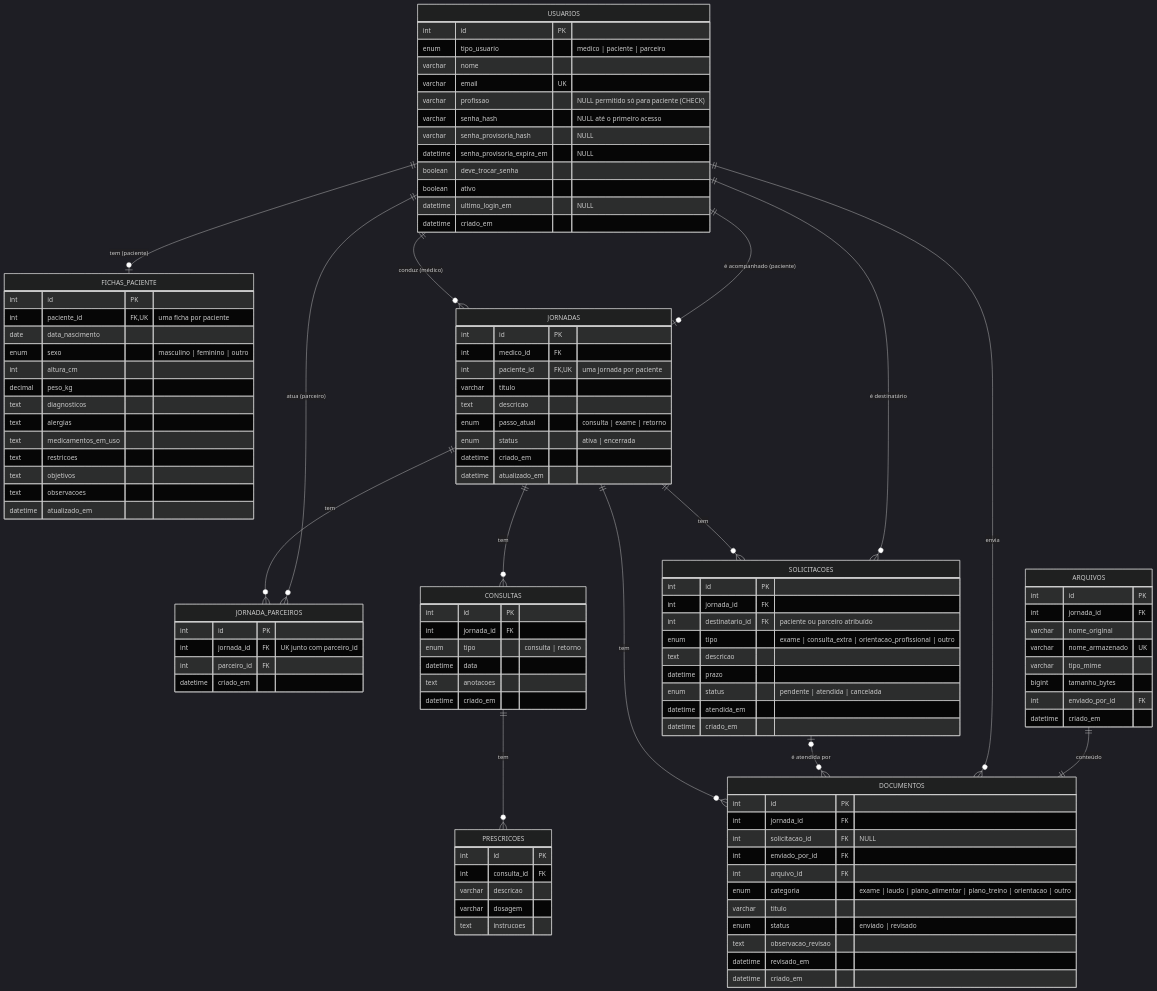
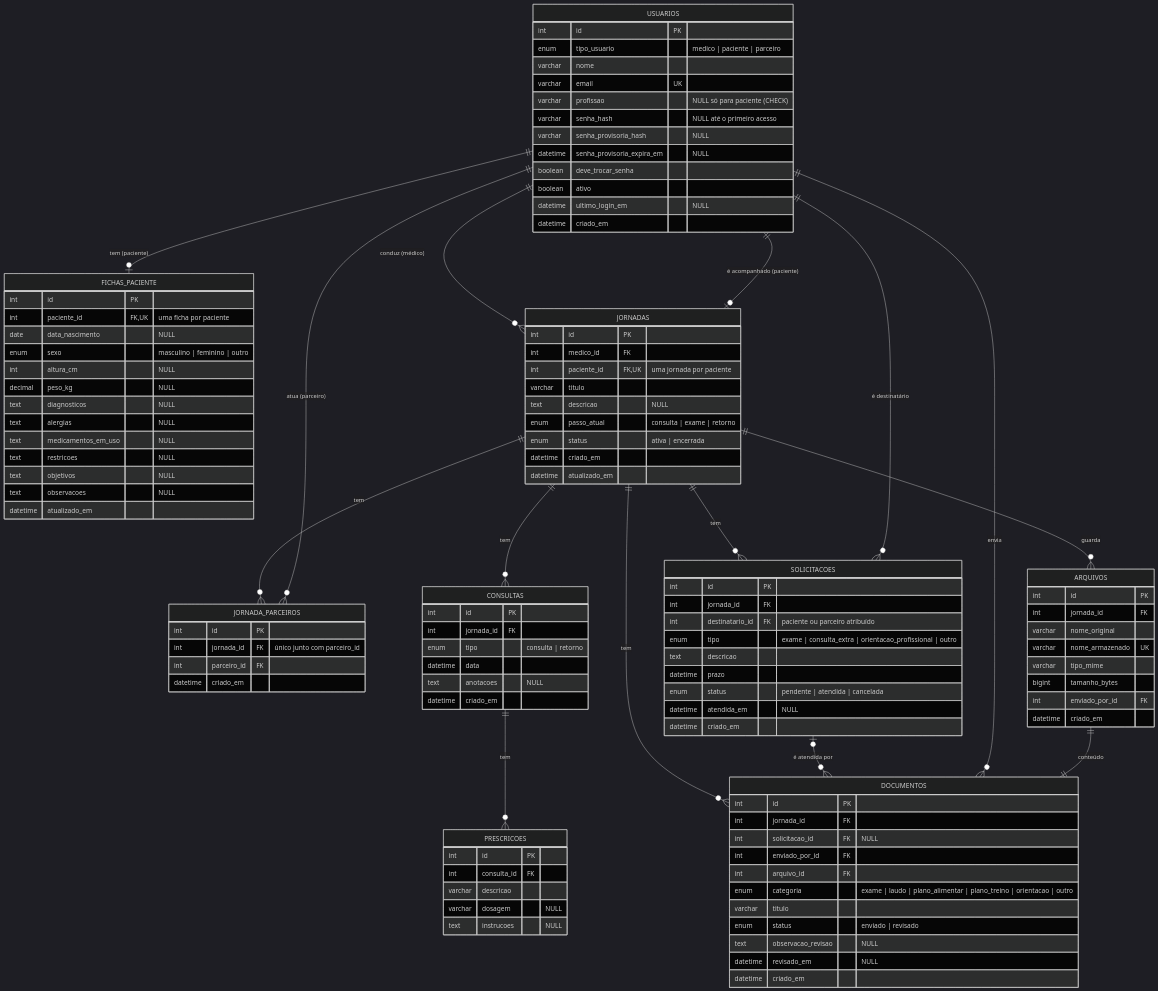
The second of 3 diagrams in docs/diagramas.md (Life-Scan/LifeScan), drawn with Mermaid (dark theme) before and after one commit. The commit also changed other lines of this file and 3 other files, not shown here.

First line of the commit message:
Atualiza os diagramas e inclui as imagens renderizadas

````diff
--- a/docs/diagramas.md
+++ b/docs/diagramas.md
@@ -163,7 +198,7 @@
         enum tipo_usuario "medico | paciente | parceiro"
         varchar nome
         varchar email UK
-        varchar profissao "NULL permitido só para paciente (CHECK)"
+        varchar profissao "NULL só para paciente (CHECK)"
         varchar senha_hash "NULL até o primeiro acesso"
         varchar senha_provisoria_hash "NULL"
         datetime senha_provisoria_expira_em "NULL"
@@ -175,16 +210,16 @@
     FICHAS_PACIENTE {
         int id PK
         int paciente_id FK,UK "uma ficha por paciente"
-        date data_nascimento
+        date data_nascimento "NULL"
         enum sexo "masculino | feminino | outro"
-        int altura_cm
-        decimal peso_kg
-        text diagnosticos
-        text alergias
-        text medicamentos_em_uso
-        text restricoes
-        text objetivos
-        text observacoes
+        int altura_cm "NULL"
+        decimal peso_kg "NULL"
+        text diagnosticos "NULL"
+        text alergias "NULL"
+        text medicamentos_em_uso "NULL"
+        text restricoes "NULL"
+        text objetivos "NULL"
+        text observacoes "NULL"
         datetime atualizado_em
     }
     JORNADAS {
@@ -192,7 +227,7 @@
         int medico_id FK
         int paciente_id FK,UK "uma jornada por paciente"
         varchar titulo
-        text descricao
+        text descricao "NULL"
         enum passo_atual "consulta | exame | retorno"
         enum status "ativa | encerrada"
         datetime criado_em
@@ -200,7 +235,7 @@
     }
     JORNADA_PARCEIROS {
         int id PK
-        int jornada_id FK "UK junto com parceiro_id"
+        int jornada_id FK "único junto com parceiro_id"
         int parceiro_id FK
         datetime criado_em
     }
@@ -209,15 +244,15 @@
         int jornada_id FK
         enum tipo "consulta | retorno"
         datetime data
-        text anotacoes
+        text anotacoes "NULL"
         datetime criado_em
     }
     PRESCRICOES {
         int id PK
         int consulta_id FK
         varchar descricao
-        varchar dosagem
-        text instrucoes
+        varchar dosagem "NULL"
+        text instrucoes "NULL"
     }
     SOLICITACOES {
         int id PK
@@ -227,7 +262,7 @@
         text descricao
         datetime prazo
         enum status "pendente | atendida | cancelada"
-        datetime atendida_em
+        datetime atendida_em "NULL"
         datetime criado_em
     }
     DOCUMENTOS {
@@ -239,8 +274,8 @@
         enum categoria "exame | laudo | plano_alimentar | plano_treino | orientacao | outro"
         varchar titulo
         enum status "enviado | revisado"
-        text observacao_revisao
-        datetime revisado_em
+        text observacao_revisao "NULL"
+        datetime revisado_em "NULL"
         datetime criado_em
     }
     ARQUIVOS {
@@ -267,4 +302,5 @@
     SOLICITACOES |o--o{ DOCUMENTOS : "é atendida por"
     USUARIOS ||--o{ DOCUMENTOS : "envia"
     ARQUIVOS ||--|| DOCUMENTOS : "conteúdo"
+    JORNADAS ||--o{ ARQUIVOS : "guarda"
 ```
````
